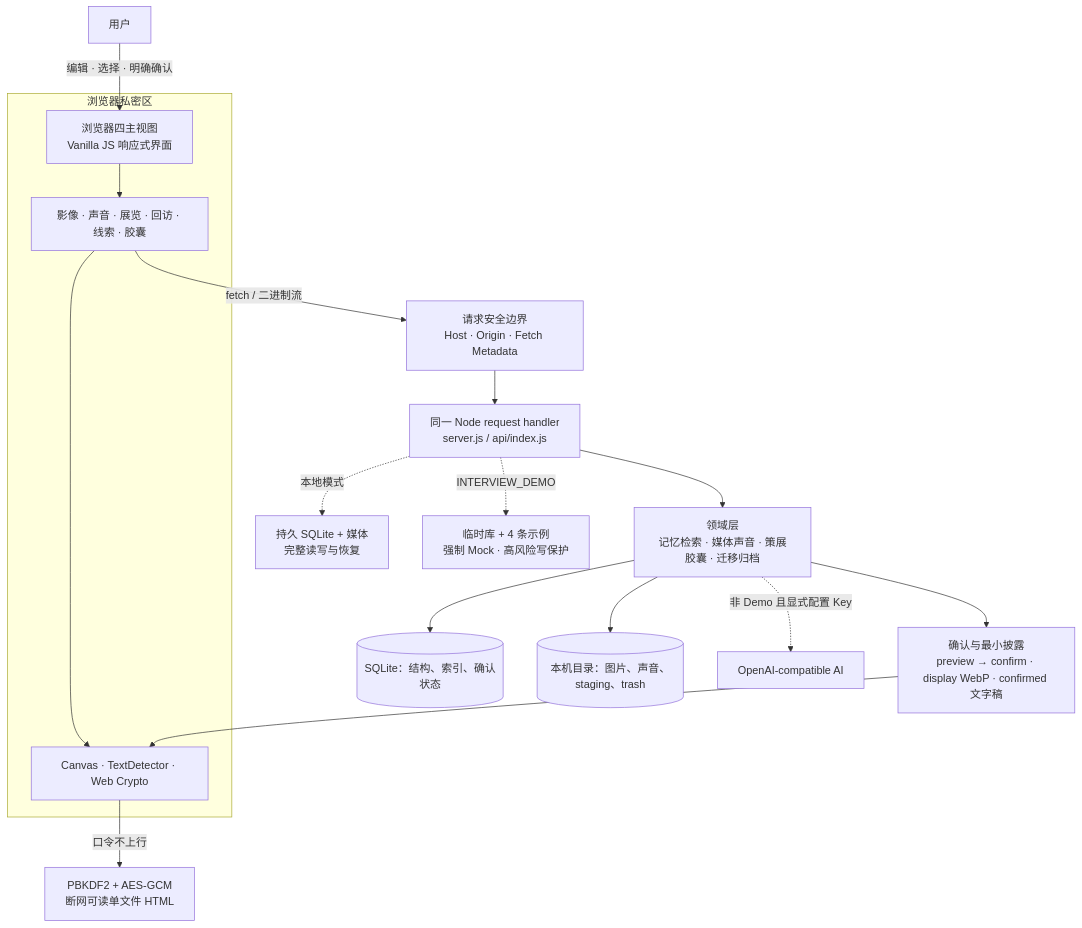
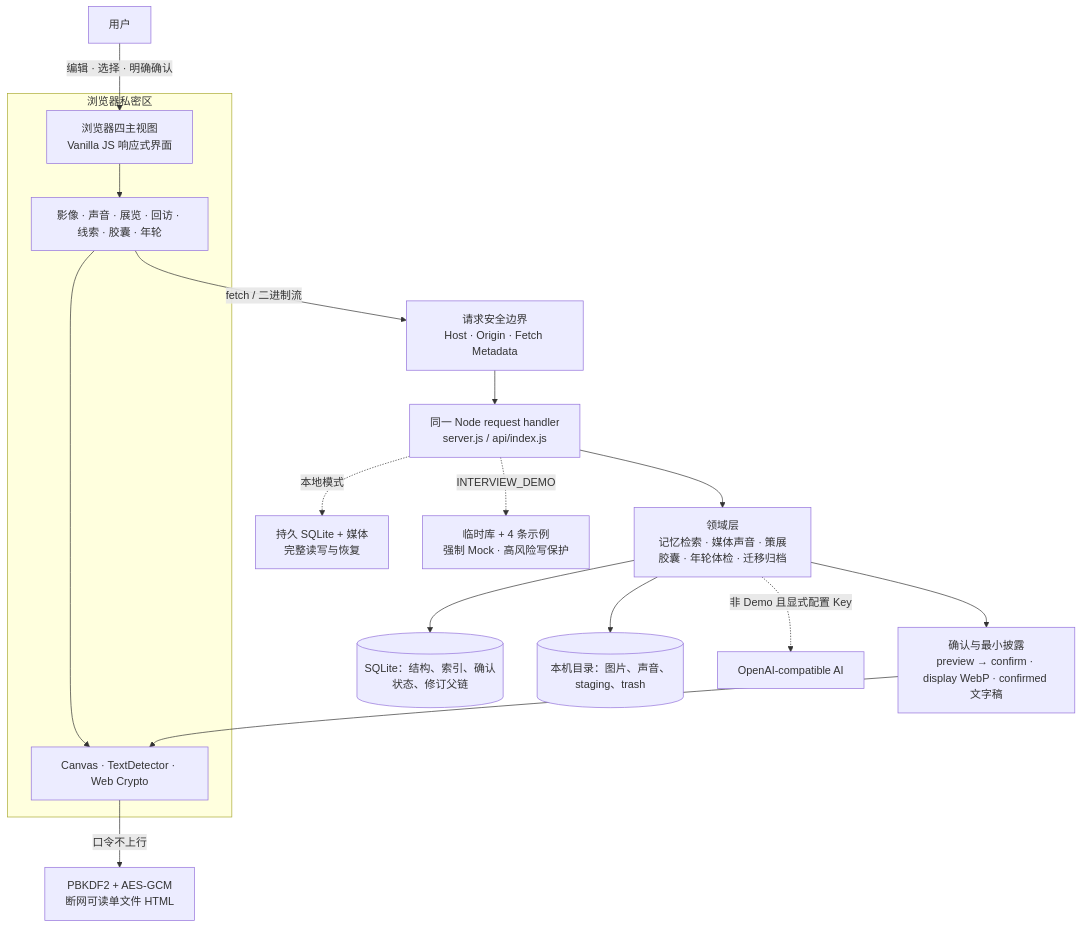
The diagram in 项目文档/面试展示手册.md (JieE-212/AI_memory_museum), drawn with Mermaid before and after one commit. The commit also changed other lines of this file and 55 other files, not shown here.

````diff
--- a/项目文档/面试展示手册.md
+++ b/项目文档/面试展示手册.md
@@ -50,23 +64,23 @@
 ```mermaid
 flowchart TB
   U["用户"] -->|"编辑 · 选择 · 明确确认"| UI["浏览器四主视图<br/>Vanilla JS 响应式界面"]
 
   subgraph B["浏览器私密区"]
-    UI --> MOD["影像 · 声音 · 展览 · 回访 · 线索 · 胶囊"]
+    UI --> MOD["影像 · 声音 · 展览 · 回访 · 线索 · 胶囊 · 年轮"]
     MOD --> LOCAL["Canvas · TextDetector · Web Crypto"]
   end
 
   MOD -->|"fetch / 二进制流"| SEC["请求安全边界<br/>Host · Origin · Fetch Metadata"]
   SEC --> HTTP["同一 Node request handler<br/>server.js / api/index.js"]
-  HTTP --> DOMAIN["领域层<br/>记忆检索 · 媒体声音 · 策展胶囊 · 迁移归档"]
-  DOMAIN --> DB[("SQLite：结构、索引、确认状态")]
+  HTTP --> DOMAIN["领域层<br/>记忆检索 · 媒体声音 · 策展胶囊 · 年轮体检 · 迁移归档"]
+  DOMAIN --> DB[("SQLite：结构、索引、确认状态、修订父链")]
   DOMAIN --> FS[("本机目录：图片、声音、staging、trash")]
   DOMAIN -. "非 Demo 且显式配置 Key" .-> AI["OpenAI-compatible AI"]
 
   DOMAIN --> GATE["确认与最小披露<br/>preview → confirm · display WebP · confirmed 文字稿"]
   GATE --> LOCAL
   LOCAL -->|"口令不上行"| OFF["PBKDF2 + AES-GCM<br/>断网可读单文件 HTML"]
 
   HTTP -. "本地模式" .-> PERSIST["持久 SQLite + 媒体<br/>完整读写与恢复"]
   HTTP -. "INTERVIEW_DEMO" .-> DEMO["临时库 + 4 条示例<br/>强制 Mock · 高风险写保护"]
 ```
````
